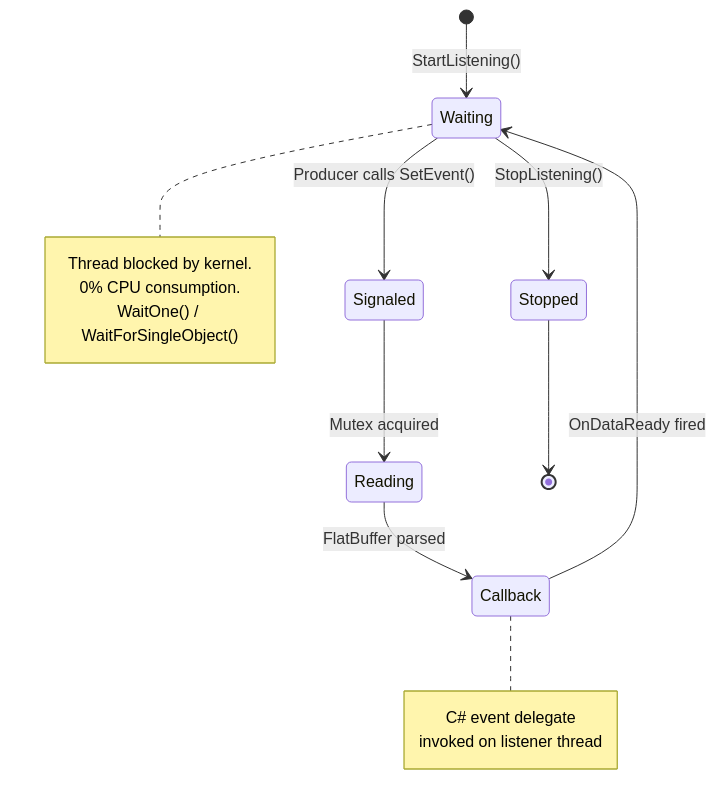
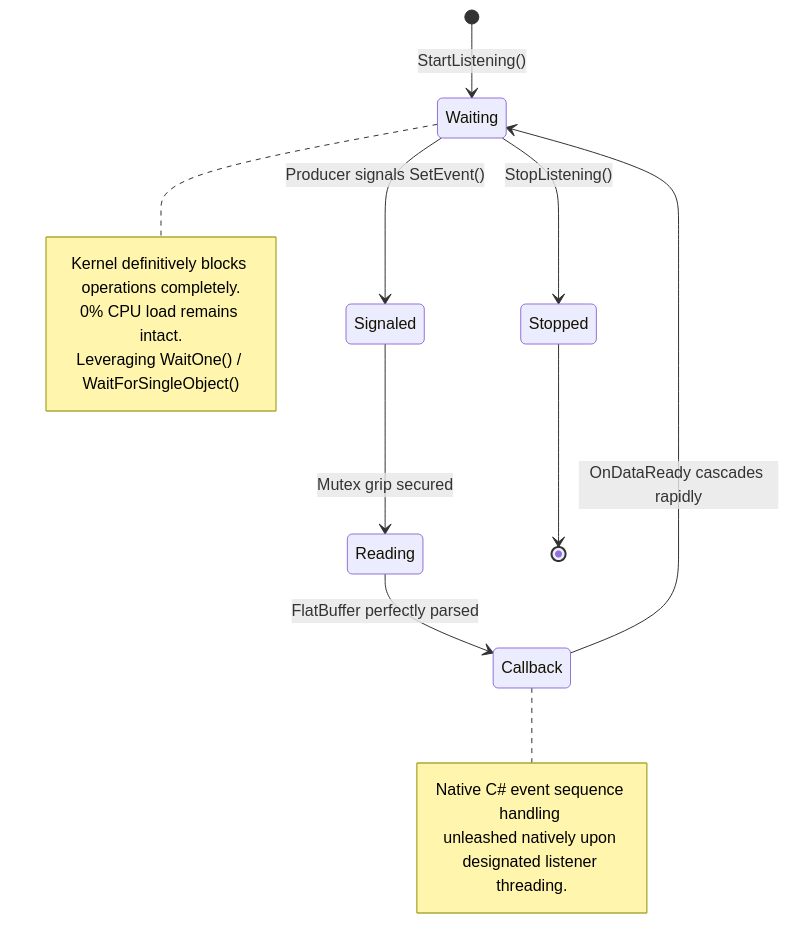
One commit to snodeplannen/sharedvar changed the sixth of 23 diagrams in SharedValueV3_MemMap/ARCHITECTURE.md. Above: the diagram before and after it, drawn with Mermaid. The commit also changed other lines of this file and 90 other files, not shown here.

````diff
--- a/SharedValueV3_MemMap/ARCHITECTURE.md
+++ b/SharedValueV3_MemMap/ARCHITECTURE.md
@@ -227,23 +227,23 @@
 ```mermaid
 stateDiagram-v2
     [*] --> Waiting: StartListening()
 
-    Waiting --> Signaled: Producer calls SetEvent()
-    Signaled --> Reading: Mutex acquired
-    Reading --> Callback: FlatBuffer parsed
-    Callback --> Waiting: OnDataReady fired
+    Waiting --> Signaled: Producer signals SetEvent()
+    Signaled --> Reading: Mutex grip secured
+    Reading --> Callback: FlatBuffer perfectly parsed
+    Callback --> Waiting: OnDataReady cascades rapidly
 
     Waiting --> Stopped: StopListening()
     Stopped --> [*]
 
     note right of Waiting
-        Thread blocked by kernel.
-        0% CPU consumption.
-        WaitOne() / WaitForSingleObject()
+        Kernel definitively blocks operations completely.
+        0% CPU load remains intact.
+        Leveraging WaitOne() / WaitForSingleObject()
     end note
 
     note right of Callback
-        C# event delegate
-        invoked on listener thread
+        Native C# event sequence handling 
+        unleashed natively upon designated listener threading.
     end note
 ```
````
